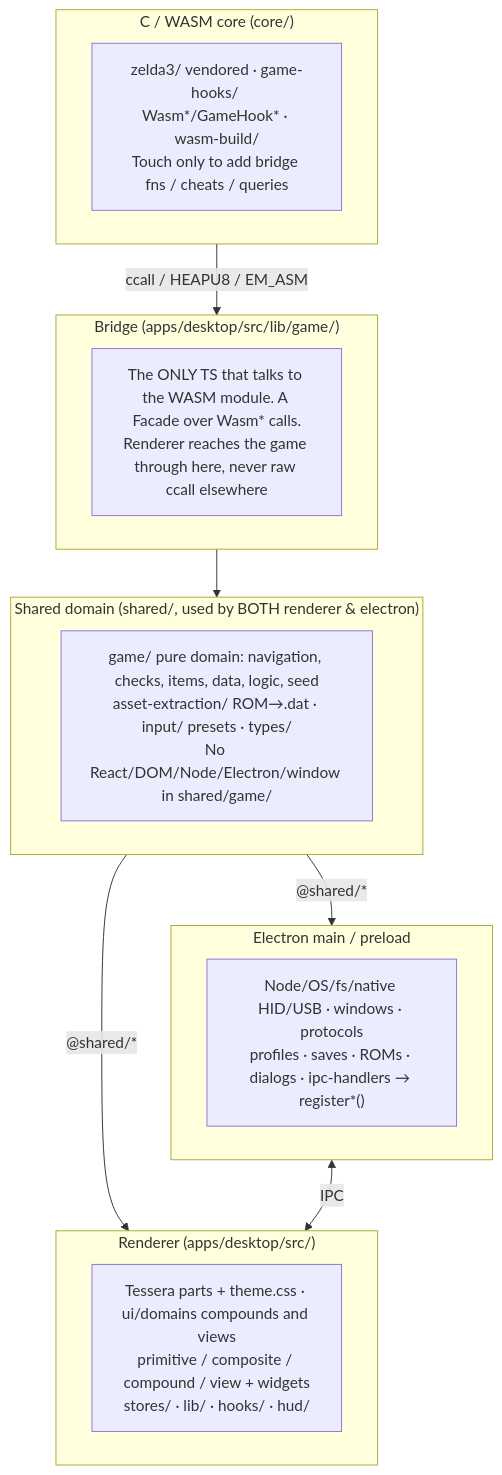
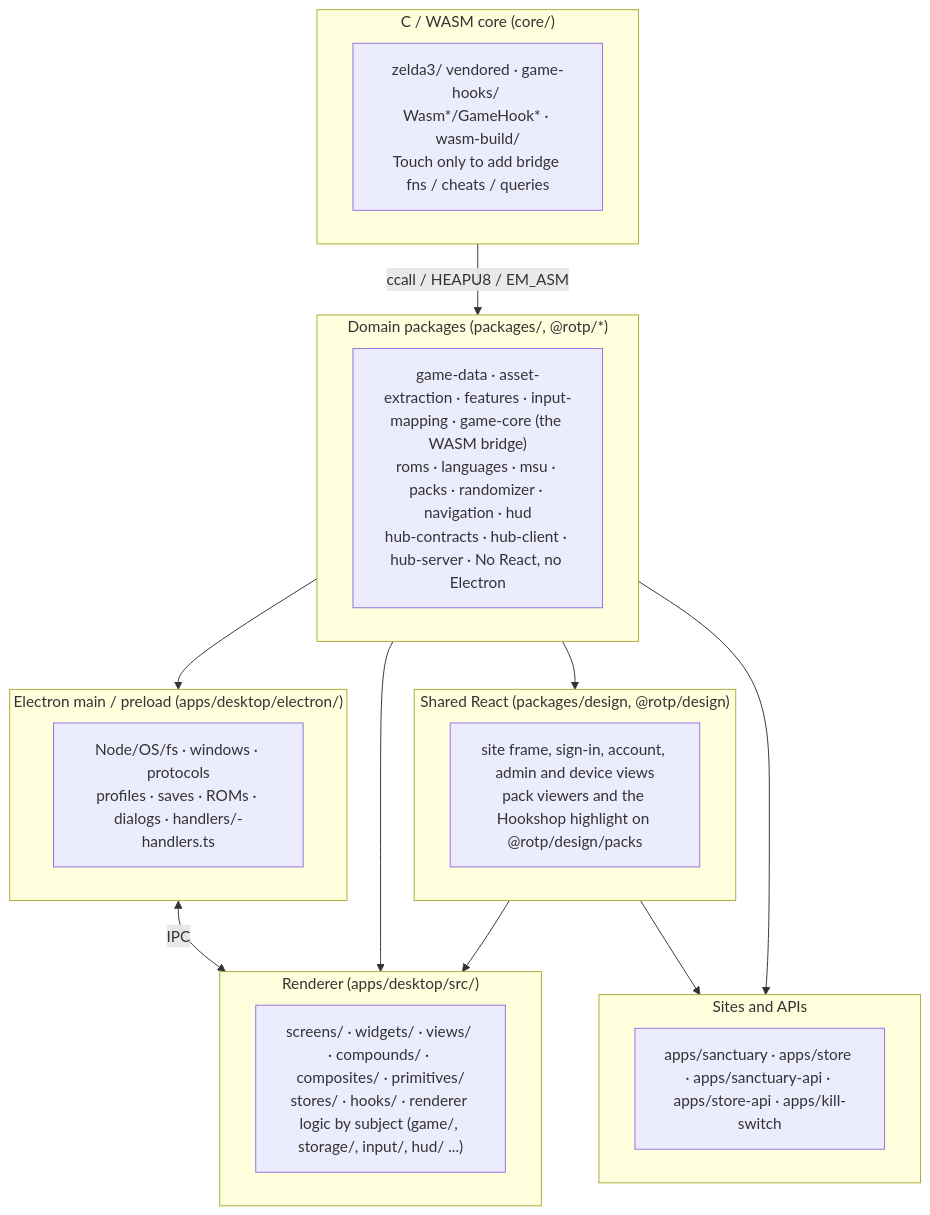
One commit to drizztdourden08/relic-of-the-past changed the diagram in docs/architecture/overview.md. Above: the diagram before and after it, drawn with Mermaid. The commit also changed other lines of this file, not shown here.

Commit message:
docs(architecture): the zone map and placement guide name the packages and the app folders

````diff
--- a/docs/architecture/overview.md
+++ b/docs/architecture/overview.md
@@ -14,23 +14,29 @@
 ```mermaid
 flowchart TD
     subgraph CORE["C / WASM core (core/)"]
         Z["zelda3/ vendored · game-hooks/ Wasm*/GameHook* · wasm-build/<br/>Touch only to add bridge fns / cheats / queries"]
     end
-    subgraph BRIDGE["Bridge (apps/desktop/src/lib/game/)"]
-        B["The ONLY TS that talks to the WASM module. A Facade over Wasm* calls.<br/>Renderer reaches the game through here, never raw ccall elsewhere"]
+    subgraph PKG["Domain packages (packages/, @rotp/*)"]
+        P["game-data · asset-extraction · features · input-mapping · game-core (the WASM bridge)<br/>roms · languages · msu · packs · randomizer · navigation · hud<br/>hub-contracts · hub-client · hub-server · No React, no Electron"]
     end
-    subgraph SHARED["Shared domain (shared/, used by BOTH renderer & electron)"]
-        S["game/ pure domain: navigation, checks, items, data, logic, seed<br/>asset-extraction/ ROM→.dat · input/ presets · types/<br/>No React/DOM/Node/Electron/window in shared/game/"]
+    subgraph DSG["Shared React (packages/design, @rotp/design)"]
+        D["site frame, sign-in, account, admin and device views<br/>pack viewers and the Hookshop highlight on @rotp/design/packs"]
     end
-    subgraph EL["Electron main / preload"]
-        E["Node/OS/fs/native HID/USB · windows · protocols<br/>profiles · saves · ROMs · dialogs · ipc-handlers → register*()"]
+    subgraph EL["Electron main / preload (apps/desktop/electron/)"]
+        E["Node/OS/fs · windows · protocols<br/>profiles · saves · ROMs · dialogs · handlers/<subject>-handlers.ts"]
     end
     subgraph REN["Renderer (apps/desktop/src/)"]
-        R["Tessera parts + theme.css · ui/domains compounds and views<br/>primitive / composite / compound / view + widgets<br/>stores/ · lib/ · hooks/ · hud/"]
+        R["screens/ · widgets/ · views/ · compounds/ · composites/ · primitives/<br/>stores/ · hooks/ · renderer logic by subject (game/, storage/, input/, hud/ ...)"]
     end
-    CORE -->|"ccall / HEAPU8 / EM_ASM"| BRIDGE
-    BRIDGE --> SHARED
-    SHARED -->|"@shared/*"| EL
-    SHARED -->|"@shared/*"| REN
+    subgraph WEB["Sites and APIs"]
+        W["apps/sanctuary · apps/store · apps/sanctuary-api · apps/store-api · apps/kill-switch"]
+    end
+    CORE -->|"ccall / HEAPU8 / EM_ASM"| PKG
+    PKG --> EL
+    PKG --> REN
+    PKG --> DSG
+    DSG --> REN
+    DSG --> WEB
+    PKG --> WEB
     EL <-->|"IPC"| REN
 ```
````
